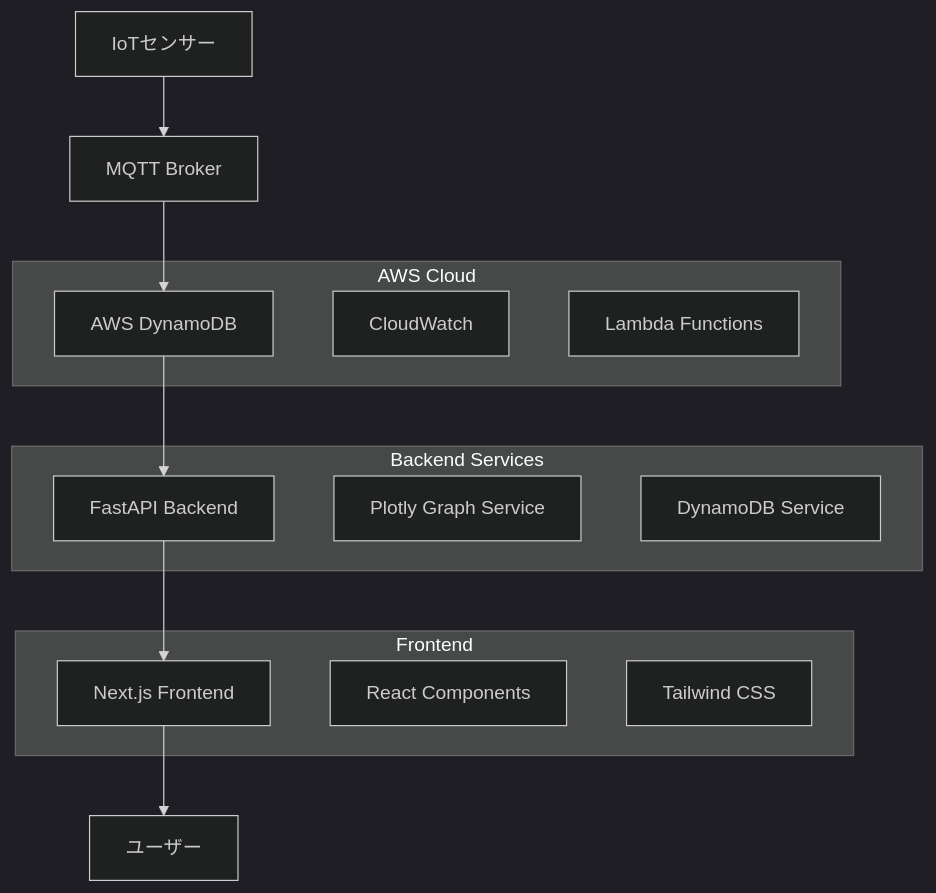
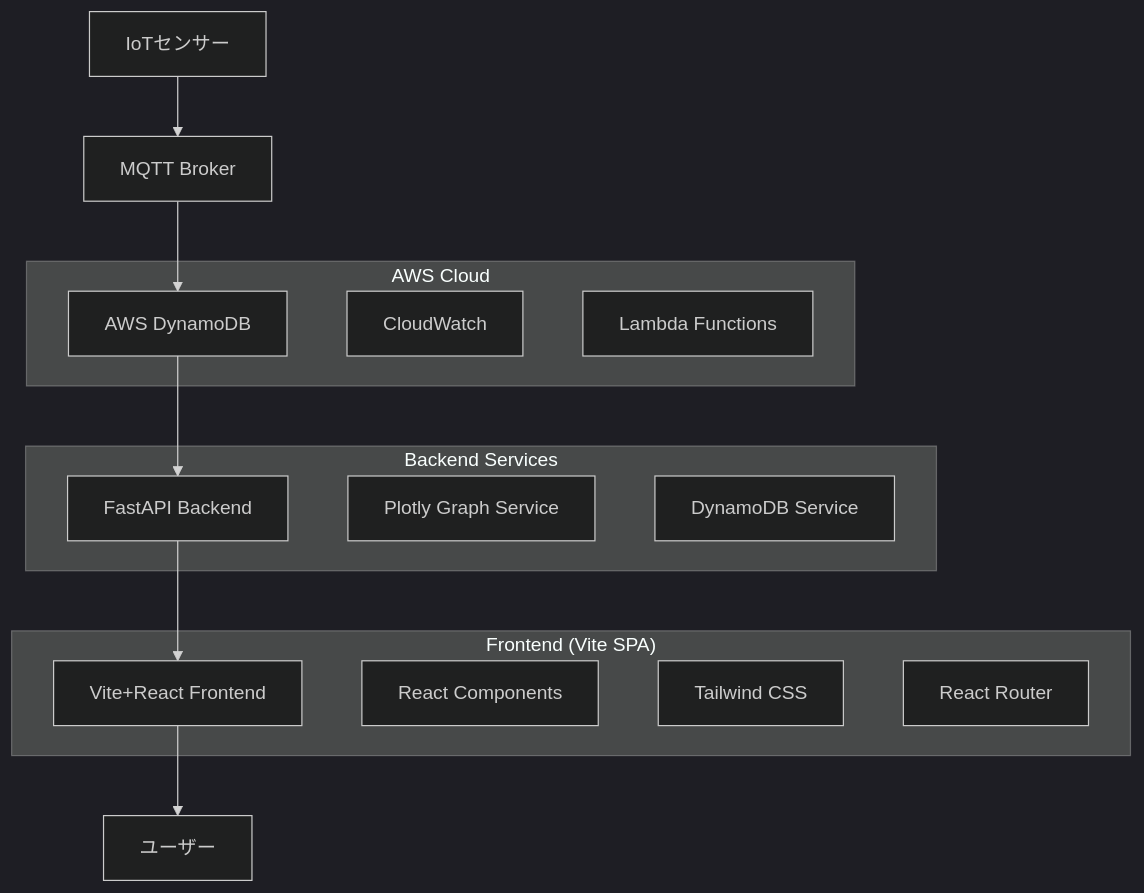
Before and after one commit to MasaakiHashimoto-Kanazawa-TCS/TCS-kanazawa-gw: the first of 3 diagrams in docs/architecture.md, drawn with Mermaid (dark theme). The commit also changed other lines of this file and 1744 other files, not shown here.

````diff
--- a/docs/architecture.md
+++ b/docs/architecture.md
@@ -11,26 +11,27 @@
 ```mermaid
 graph TB
     A[IoTセンサー] --> B[MQTT Broker]
     B --> C[AWS DynamoDB]
     C --> D[FastAPI Backend]
-    D --> E[Next.js Frontend]
+    D --> E[Vite+React Frontend]
     E --> F[ユーザー]
-    
+
     subgraph "AWS Cloud"
         C
         G[CloudWatch]
         H[Lambda Functions]
     end
-    
+
     subgraph "Backend Services"
         D
         I[Plotly Graph Service]
         J[DynamoDB Service]
     end
-    
-    subgraph "Frontend"
+
+    subgraph "Frontend (Vite SPA)"
         E
         K[React Components]
         L[Tailwind CSS]
+        M[React Router]
     end
 ```
````
